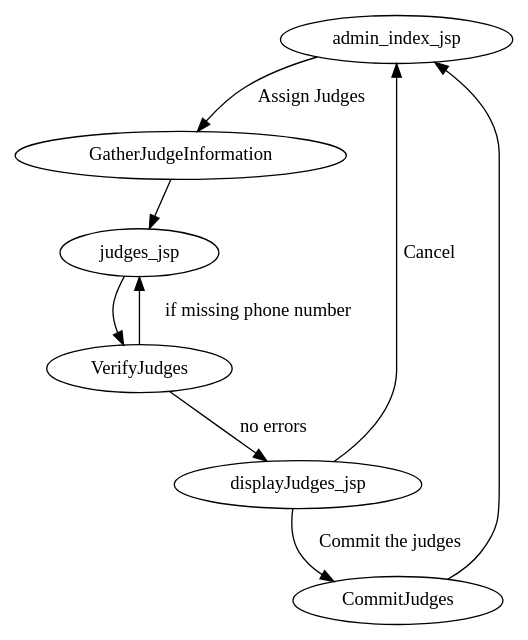
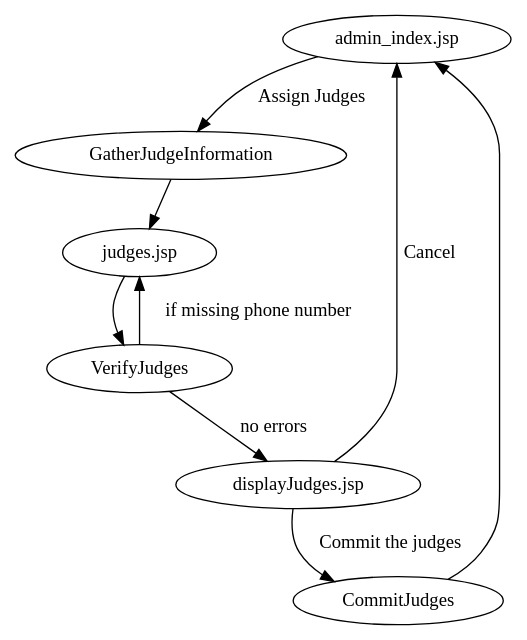
One commit to jpschewe/fll-sw changed the diagram in scoring/docs/workflows/assign-judges.dot. Above: the diagram before and after it, drawn with Graphviz. The commit also changed 8 other files, not shown here.

```diff
--- a/scoring/docs/workflows/assign-judges.dot
+++ b/scoring/docs/workflows/assign-judges.dot
@@ -1,17 +1,17 @@
 digraph AssignJudges {
 
-admin_index_jsp -> GatherJudgeInformation [label="Assign Judges"];
+"admin_index.jsp" -> GatherJudgeInformation [label="Assign Judges"];
 
-GatherJudgeInformation -> judges_jsp;
+GatherJudgeInformation -> "judges.jsp";
 
-judges_jsp -> VerifyJudges;
+"judges.jsp" -> VerifyJudges;
 
-VerifyJudges -> judges_jsp [label="if missing phone number"];
-VerifyJudges -> displayJudges_jsp [label="no errors"];
+VerifyJudges -> "judges.jsp" [label="if missing phone number"];
+VerifyJudges -> "displayJudges.jsp" [label="no errors"];
 
-displayJudges_jsp -> CommitJudges [label="Commit the judges"];
-displayJudges_jsp -> admin_index_jsp [label="Cancel"];
+"displayJudges.jsp" -> CommitJudges [label="Commit the judges"];
+"displayJudges.jsp" -> "admin_index.jsp" [label="Cancel"];
 
-CommitJudges -> admin_index_jsp;
+CommitJudges -> "admin_index.jsp";
 
 }
```
